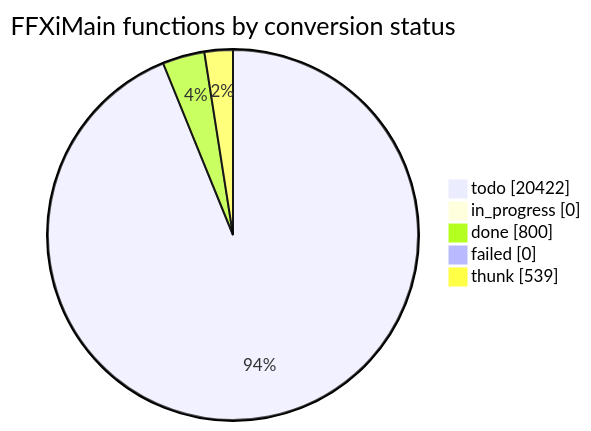
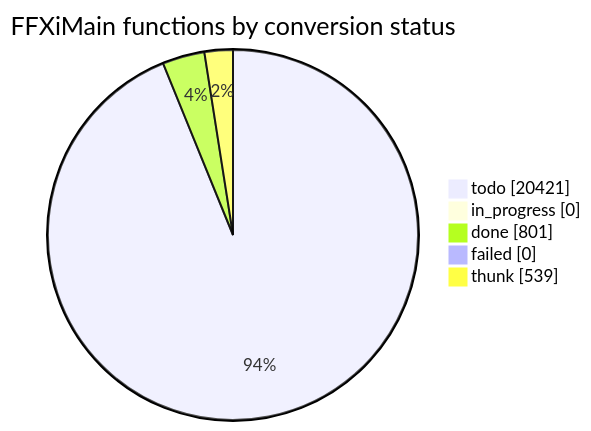
Before and after one commit to cowrevenge/cow_kuluu_xi_anything: the diagram in docs/cow/STATUS.md, drawn with Mermaid. The commit also changed other lines of this file and 9 other files, not shown here.

````diff
--- a/docs/cow/STATUS.md
+++ b/docs/cow/STATUS.md
@@ -18,9 +18,9 @@
 ```mermaid
 pie showData
     title FFXiMain functions by conversion status
-    "todo" : 20422
+    "todo" : 20421
     "in_progress" : 0
-    "done" : 800
+    "done" : 801
     "failed" : 0
     "thunk" : 539
 ```
````
